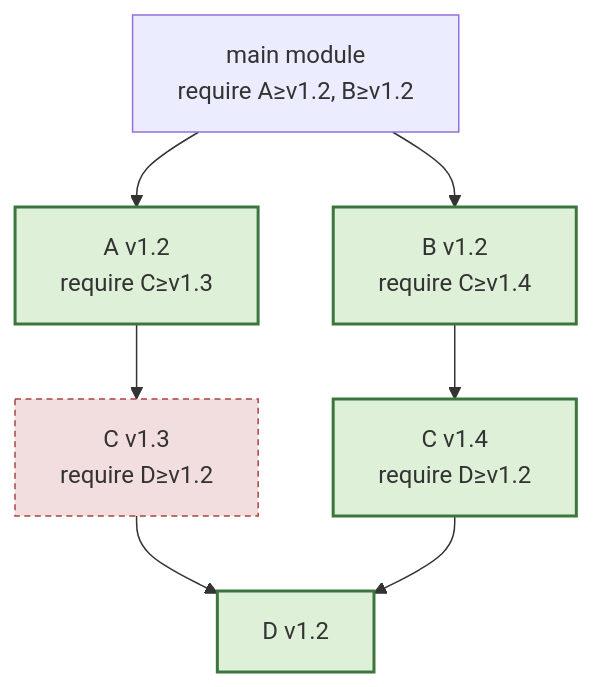
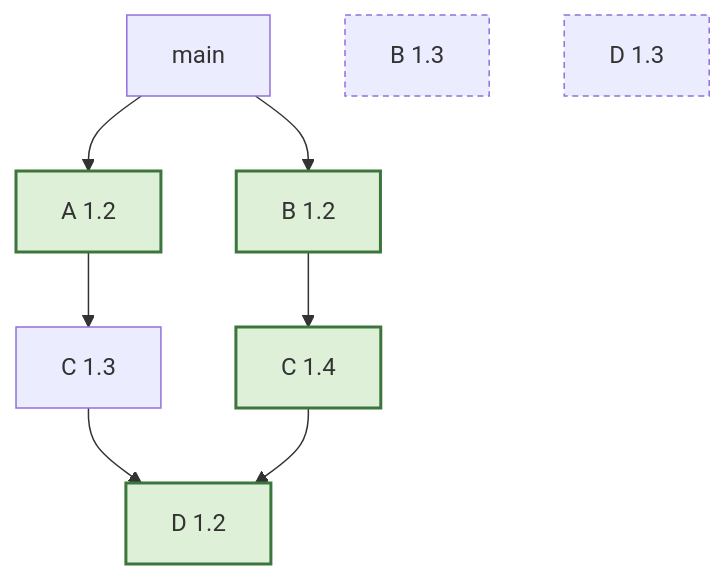
One commit to golang-design/under-the-hood changed the diagram in book/en-us/part5toolchain/ch17modules/minimum.md. Above: the diagram before and after it, drawn with Mermaid. The commit also changed other lines of this file and 21 other files, not shown here.

````diff
--- a/book/en-us/part5toolchain/ch17modules/minimum.md
+++ b/book/en-us/part5toolchain/ch17modules/minimum.md
@@ -16,19 +37,15 @@
 ```mermaid
 flowchart TD
-    Main["main module<br/>require A≥v1.2, B≥v1.2"]
-    A["A v1.2<br/>require C≥v1.3"]
-    B["B v1.2<br/>require C≥v1.4"]
-    C13["C v1.3<br/>require D≥v1.2"]
-    C14["C v1.4<br/>require D≥v1.2"]
-    D["D v1.2"]
-    Main --> A
-    Main --> B
-    A --> C13
-    B --> C14
-    C13 --> D
-    C14 --> D
+    Main["main"] --> A12["A 1.2"]
+    Main --> B12["B 1.2"]
+    A12 --> C13["C 1.3"]
+    B12 --> C14["C 1.4"]
+    C13 --> D12["D 1.2"]
+    C14 --> D12
+    B13["B 1.3"]
+    D13["D 1.3"]
     classDef chosen fill:#dff0d8,stroke:#3c763d,stroke-width:2px;
-    classDef skipped fill:#f2dede,stroke:#a94442,stroke-dasharray:4 3;
-    class A,B,C14,D chosen;
-    class C13 skipped;
+    classDef unused stroke-dasharray:4 3;
+    class A12,B12,C14,D12 chosen;
+    class B13,D13 unused;
 ```
````
